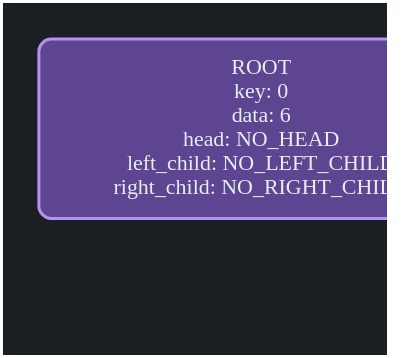
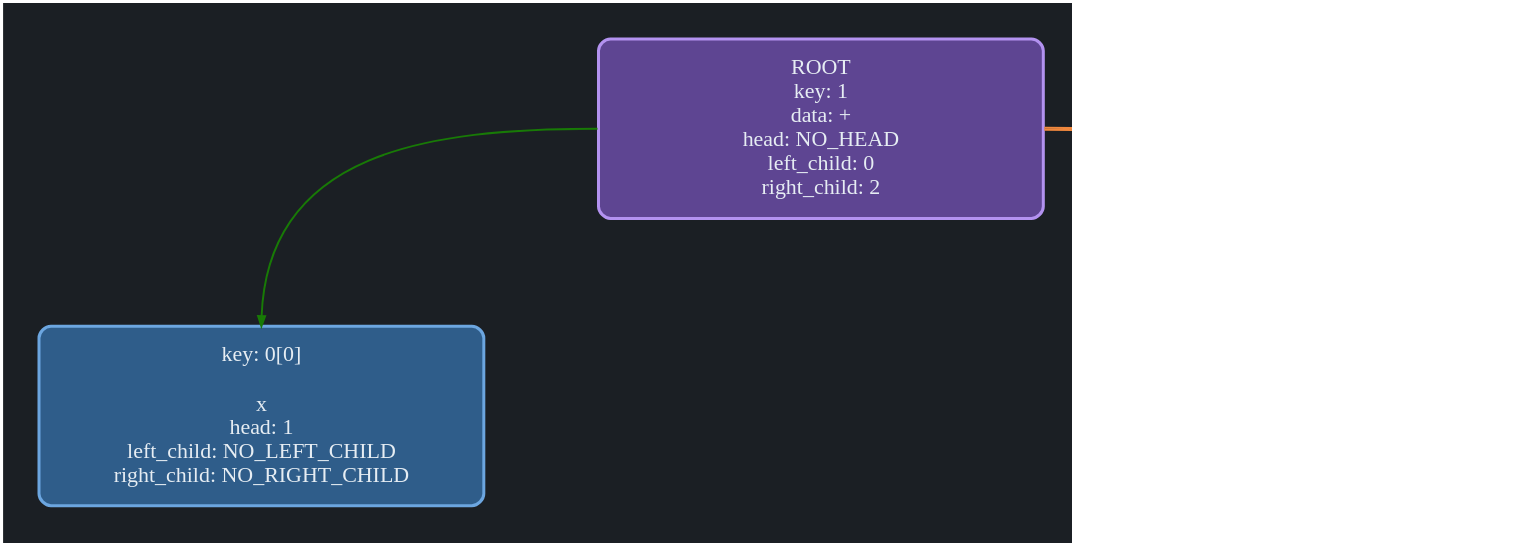
Before and after one commit to OkulovDmitry/Expression-Differentiator: the diagram in logs/dot/ORIGINAL_ortho.dot, drawn with Graphviz. The commit also changed 13 other files, not shown here.

```diff
--- a/logs/dot/ORIGINAL_ortho.dot
+++ b/logs/dot/ORIGINAL_ortho.dot
@@ -1,13 +1,29 @@
 digraph tree {
   graph [dpi=110, bgcolor="#1B1F24", splines=true, pad=0.5, nodesep=1.6, ranksep=1.5];
   node  [shape=rectangle, style="rounded,filled", fontcolor="#E6EDF3", fontsize=22, width=6.2, height=2.5, fixedsize=true, penwidth=3];
   edge  [penwidth=2, arrowsize=1.0];
-  cell0 [fillcolor="#5e4592", color="#B392F0", label="ROOT\n\key: 0\ndata: 6\nhead: NO_HEAD\nleft_child: NO_LEFT_CHILD\nright_child: NO_RIGHT_CHILD"];
-  cell1 [style="invis", width=1, fixedsize=true];
+  cell0 [fillcolor="#5e4592", color="#B392F0", label="ROOT\n\key: 1\ndata: +\nhead: NO_HEAD\nleft_child: 0\nright_child: 2"];
+  cell1 [fillcolor="#2F5D8A", color="#6CA6E0", label="key: 0[0]\n\nx\nhead: 1\nleft_child: NO_LEFT_CHILD\nright_child: NO_RIGHT_CHILD"];
   cell2 [style="invis", width=1, fixedsize=true];
   cell3 [style="invis", width=1, fixedsize=true];
-  cell0:s -> cell1:n [color="#8B949E", style=invis, weigh=10000, headclip=true];
-  cell0:s -> cell2:n [color="#8B949E", style=invis, weigh=10000, headclip=true];
-  cell0:s -> cell3:n [color="#8B949E", style=invis, weigh=10000, headclip=true];
-  { rank=TB; cell0; }
+  cell4 [style="invis", width=1, fixedsize=true];
+  cell5 [style="invis", width=1, fixedsize=true];
+  cell6 [style="invis", width=1, fixedsize=true];
+  cell7 [style="invis", width=1, fixedsize=true];
+  cell8 [fillcolor="#2F5D8A", color="#6CA6E0", label="key: 2[0]\n\n5\nhead: 1\nleft_child: NO_LEFT_CHILD\nright_child: NO_RIGHT_CHILD"];
+  cell9 [style="invis", width=1, fixedsize=true];
+  cell10 [style="invis", width=1, fixedsize=true];
+  cell11 [style="invis", width=1, fixedsize=true];
+  cell1:s -> cell2:n [color="#8B949E", style=invis, weigh=10000, headclip=true];
+  cell1:s -> cell3:n [color="#8B949E", style=invis, weigh=10000, headclip=true];
+  cell1:s -> cell4:n [color="#8B949E", style=invis, weigh=10000, headclip=true];
+  cell0:w -> cell1:n [color="#187a06", headclip=true];
+  cell0:s -> cell5:n [color="#8B949E", style=invis, weigh=10000, headclip=true];
+  cell0:s -> cell6:n [color="#8B949E", style=invis, weigh=10000, headclip=true];
+  cell0:s -> cell7:n [color="#8B949E", style=invis, weigh=10000, headclip=true];
+  cell8:s -> cell9:n [color="#8B949E", style=invis, weigh=10000, headclip=true];
+  cell8:s -> cell10:n [color="#8B949E", style=invis, weigh=10000, headclip=true];
+  cell8:s -> cell11:n [color="#8B949E", style=invis, weigh=10000, headclip=true];
+  cell0:e -> cell8:n [color="#F0883E:#F0883E", headclip=true];
+  { rank=TB; cell0; cell1; cell2; }
 }
```
